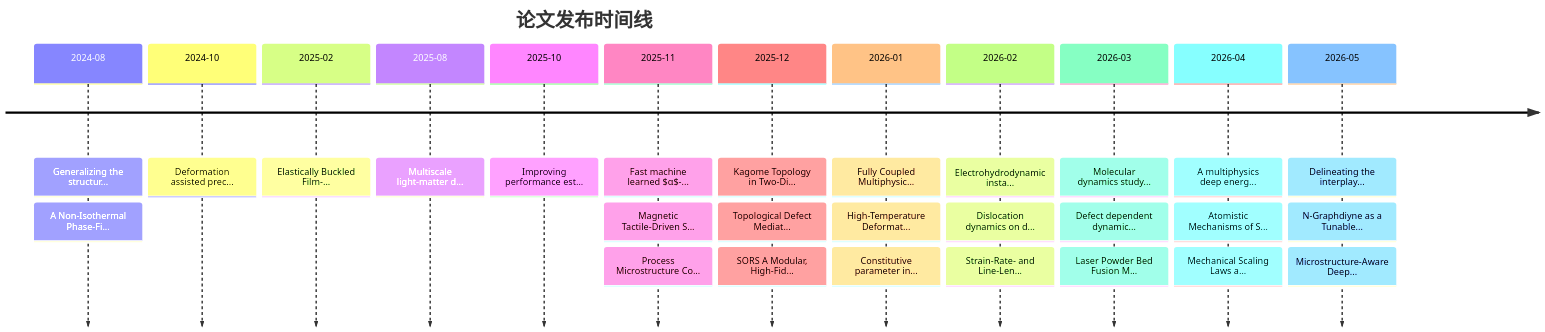
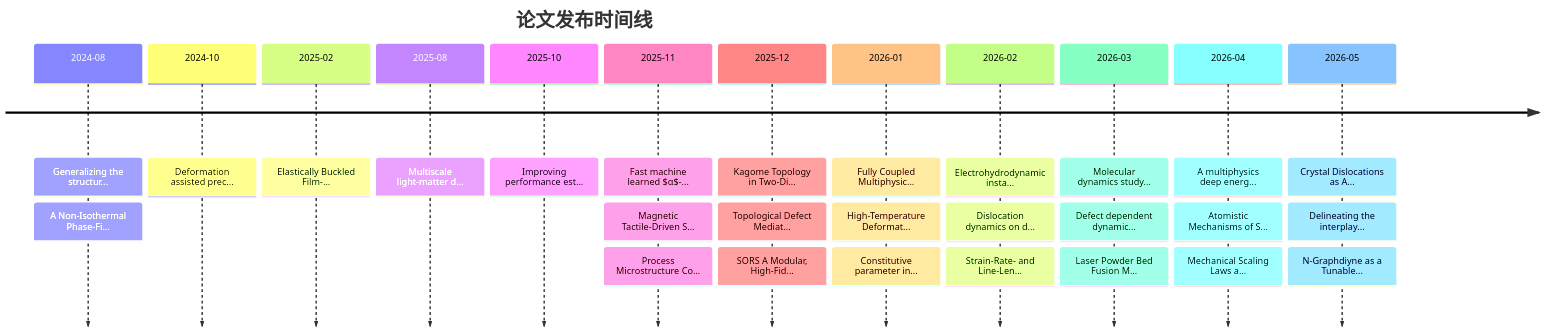
Before and after one commit to Shirakawa11111/BJK_readpaper: the second of 2 diagrams in reports/knowledge_graph.md, drawn with Mermaid. The commit also changed other lines of this file and 11 other files, not shown here.

````diff
--- a/reports/knowledge_graph.md
+++ b/reports/knowledge_graph.md
@@ -119,16 +119,16 @@
 ```mermaid
 timeline
     title 论文发布时间线
     2024-08 : Generalizing the structur... : A Non-Isothermal Phase-Fi...
     2024-10 : Deformation assisted prec...
     2025-02 : Elastically Buckled Film-...
     2025-08 : Multiscale light-matter d...
     2025-10 : Improving performance est...
     2025-11 : Fast machine learned $α$-... : Magnetic Tactile-Driven S... : Process Microstructure Co...
     2025-12 : Kagome Topology in Two-Di... : Topological Defect Mediat... : SORS A Modular, High-Fid...
     2026-01 : Fully Coupled Multiphysic... : High-Temperature Deformat... : Constitutive parameter in...
     2026-02 : Electrohydrodynamic insta... : Dislocation dynamics on d... : Strain-Rate- and Line-Len...
     2026-03 : Molecular dynamics study... : Defect dependent dynamic... : Laser Powder Bed Fusion M...
     2026-04 : A multiphysics deep energ... : Atomistic Mechanisms of S... : Mechanical Scaling Laws a...
-    2026-05 : Delineating the interplay... : N-Graphdiyne as a Tunable... : Microstructure-Aware Deep...
+    2026-05 : Crystal Dislocations as A... : Delineating the interplay... : N-Graphdiyne as a Tunable...
 ```
````
